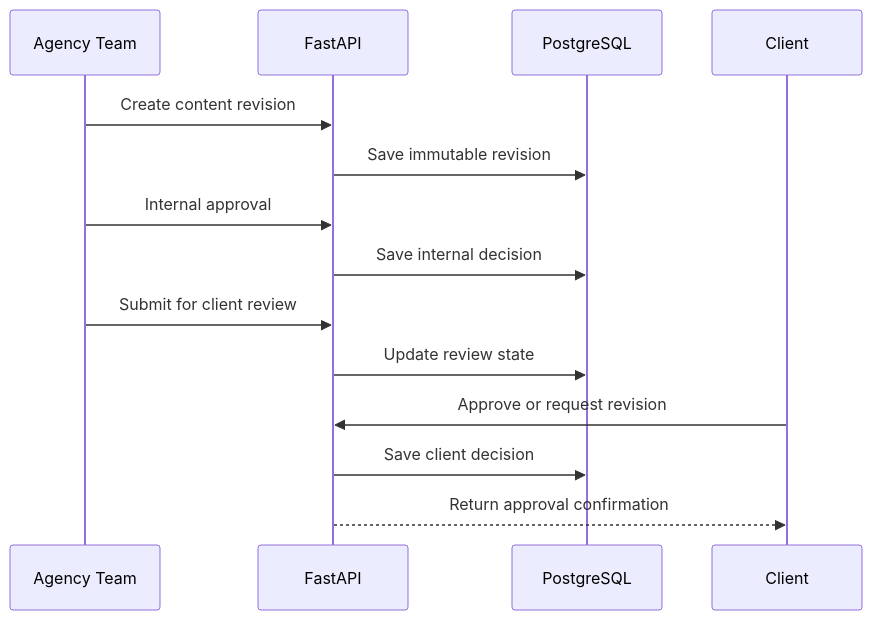
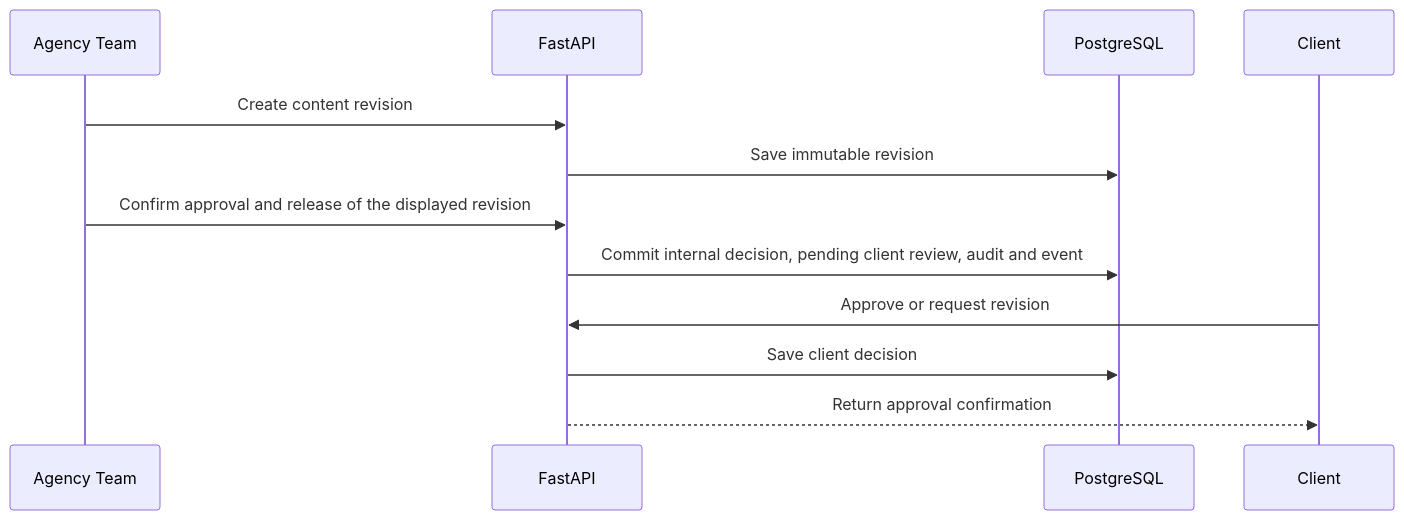
Before and after one commit to bayutamawib/creativeOS: the fifth of 6 diagrams in docs/04_API_SPECIFICATION.md, drawn with Mermaid. The commit also changed other lines of this file and 47 other files, not shown here.

````diff
--- a/docs/04_API_SPECIFICATION.md
+++ b/docs/04_API_SPECIFICATION.md
@@ -901,21 +903,18 @@
 ```mermaid
 sequenceDiagram
     participant A as Agency Team
     participant API as FastAPI
     participant DB as PostgreSQL
     participant C as Client
 
     A->>API: Create content revision
     API->>DB: Save immutable revision
 
-    A->>API: Internal approval
-    API->>DB: Save internal decision
-
-    A->>API: Submit for client review
-    API->>DB: Update review state
+    A->>API: Confirm approval and release of the displayed revision
+    API->>DB: Commit internal decision, pending client review, audit and event
 
     C->>API: Approve or request revision
     API->>DB: Save client decision
 
     API-->>C: Return approval confirmation
 ```
````
